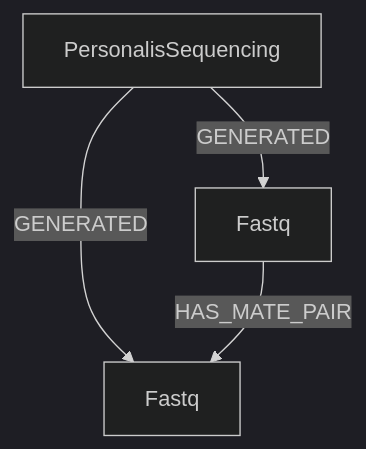
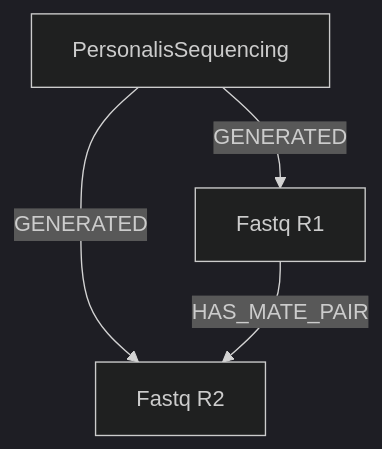
The second of 2 diagrams in v1-3-design-doc.md (StanfordBioinformatics/trellis-docs), drawn with Mermaid (dark theme) before and after one commit.

Commit message:
Add R1/R2 to new model labels

````diff
--- a/v1-3-design-doc.md
+++ b/v1-3-design-doc.md
@@ -20,6 +20,6 @@
 ```{mermaid}
     graph TD
-        seq[PersonalisSequencing] -- GENERATED --> r1[Fastq]
-        seq -- GENERATED --> r2[Fastq]
+        seq[PersonalisSequencing] -- GENERATED --> r1[Fastq R1]
+        seq -- GENERATED --> r2[Fastq R2]
         r1 -- HAS_MATE_PAIR --> r2
 ```
````
